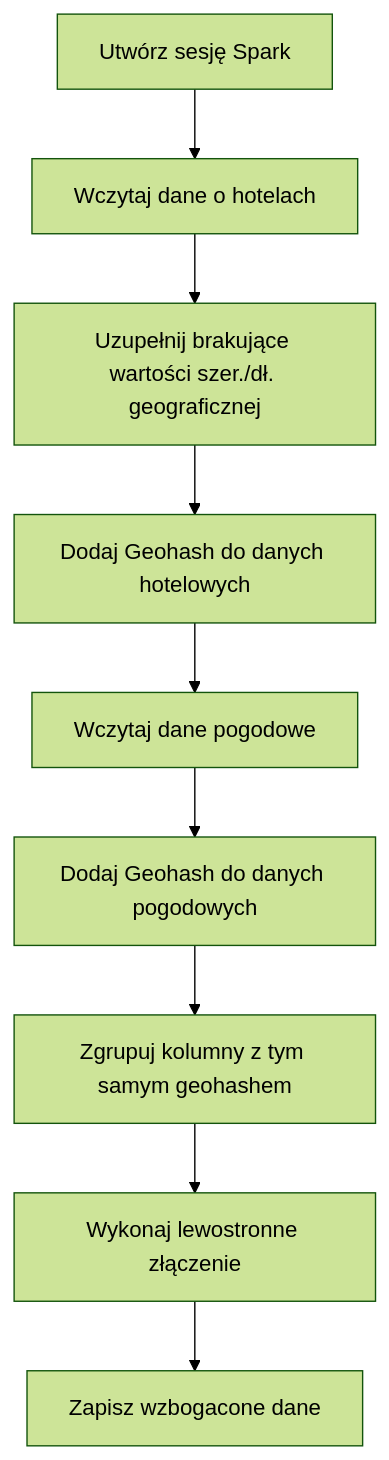
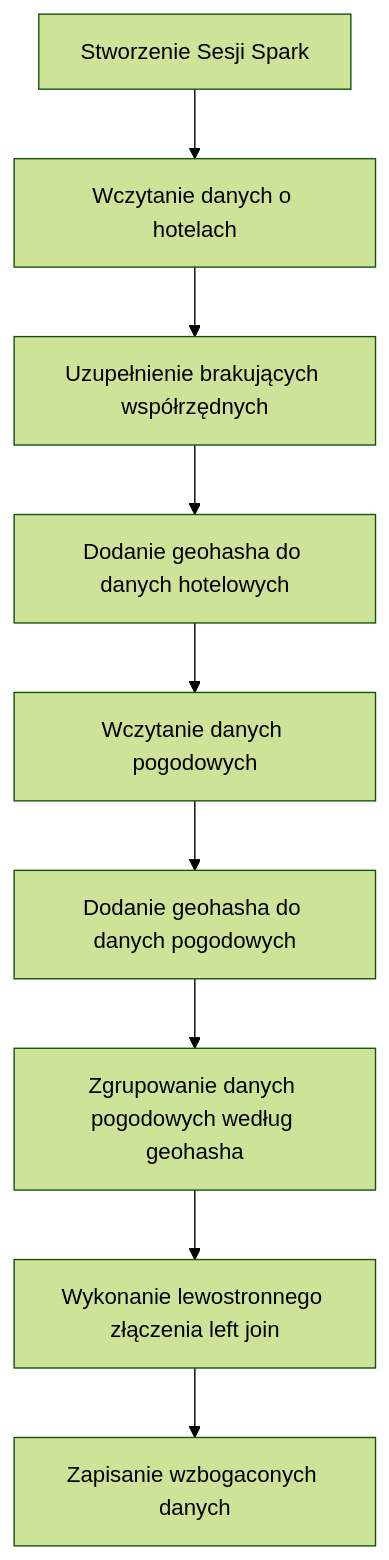
The diagram in Semestr 2/Chmury/doc/Homework-report.md (slaweksystem/Studia), drawn with Mermaid (forest theme) before and after one commit.

Commit message:
poprawa opisów

````diff
--- a/Semestr 2/Chmury/doc/Homework-report.md
+++ b/Semestr 2/Chmury/doc/Homework-report.md
@@ -35,11 +35,11 @@
 ```mermaid
 graph TD;
-create_spark_session[Utwórz sesję Spark]-->load_hotels_data;
-load_hotels_data[Wczytaj dane o hotelach]-->fill_missing;
-fill_missing[Uzupełnij brakujące wartości szer./dł. geograficznej]-->add_geohash_hotels;
-add_geohash_hotels[Dodaj Geohash do danych hotelowych]-->load_weather_data;
-load_weather_data[Wczytaj dane pogodowe]-->add_geohash;
-add_geohash[Dodaj Geohash do danych pogodowych]-->group_columns;
-group_columns[Zgrupuj kolumny z tym samym geohashem]-->left_join;
-left_join[Wykonaj lewostronne złączenie]-->save_data[Zapisz wzbogacone dane];
+create_spark_session[Stworzenie Sesji Spark]-->load_hotels_data;
+load_hotels_data[Wczytanie danych o hotelach]-->fill_missing;
+fill_missing[Uzupełnienie brakujących współrzędnych]-->add_geohash_hotels;
+add_geohash_hotels[Dodanie geohasha do danych hotelowych]-->load_weather_data;
+load_weather_data[Wczytanie danych pogodowych]-->add_geohash;
+add_geohash[Dodanie geohasha do danych pogodowych]-->group_columns;
+group_columns[Zgrupowanie danych pogodowych według geohasha]-->left_join;
+left_join[Wykonanie lewostronnego złączenia left join]-->save_data[Zapisanie wzbogaconych danych];
 ```
````
